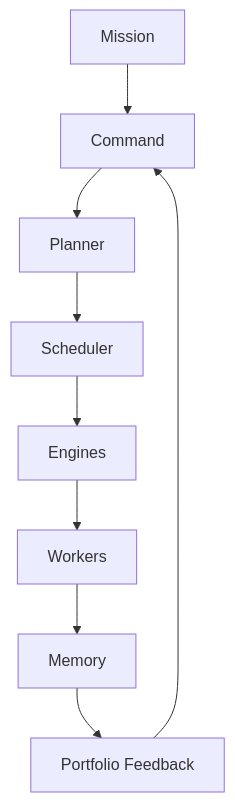
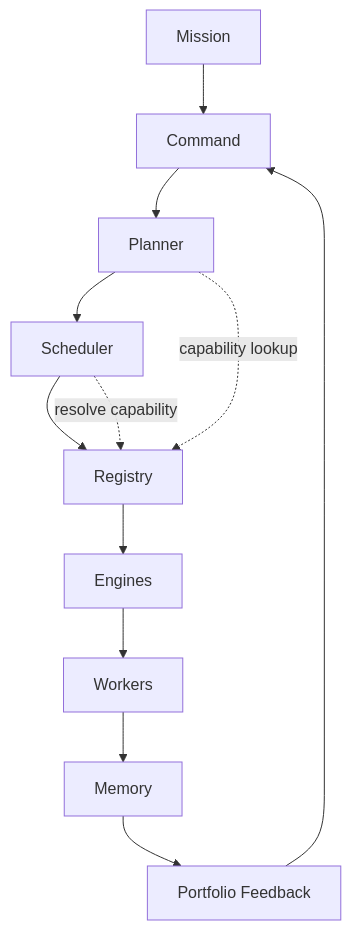
The diagram in docs/infinity-os-specification.md (IMRencite/infinity-core), drawn with Mermaid before and after one commit. The commit also changed other lines of this file and 1 other file, not shown here.

Commit message:
docs: add Registry to Infinity OS architecture

````diff
--- a/docs/infinity-os-specification.md
+++ b/docs/infinity-os-specification.md
@@ -115,20 +118,24 @@
 ```mermaid
 flowchart TB
   Mission[Mission]
   Command[Command]
   Planner[Planner]
   Scheduler[Scheduler]
+  Registry[Registry]
   Engines[Engines]
   Workers[Workers]
   Memory[Memory]
   Portfolio[Portfolio Feedback]
 
   Mission --> Command
   Command --> Planner
   Planner --> Scheduler
-  Scheduler --> Engines
+  Scheduler --> Registry
+  Registry --> Engines
   Engines --> Workers
   Workers --> Memory
   Memory --> Portfolio
   Portfolio --> Command
+  Planner -.->|capability lookup| Registry
+  Scheduler -.->|resolve capability| Registry
 ```
````
